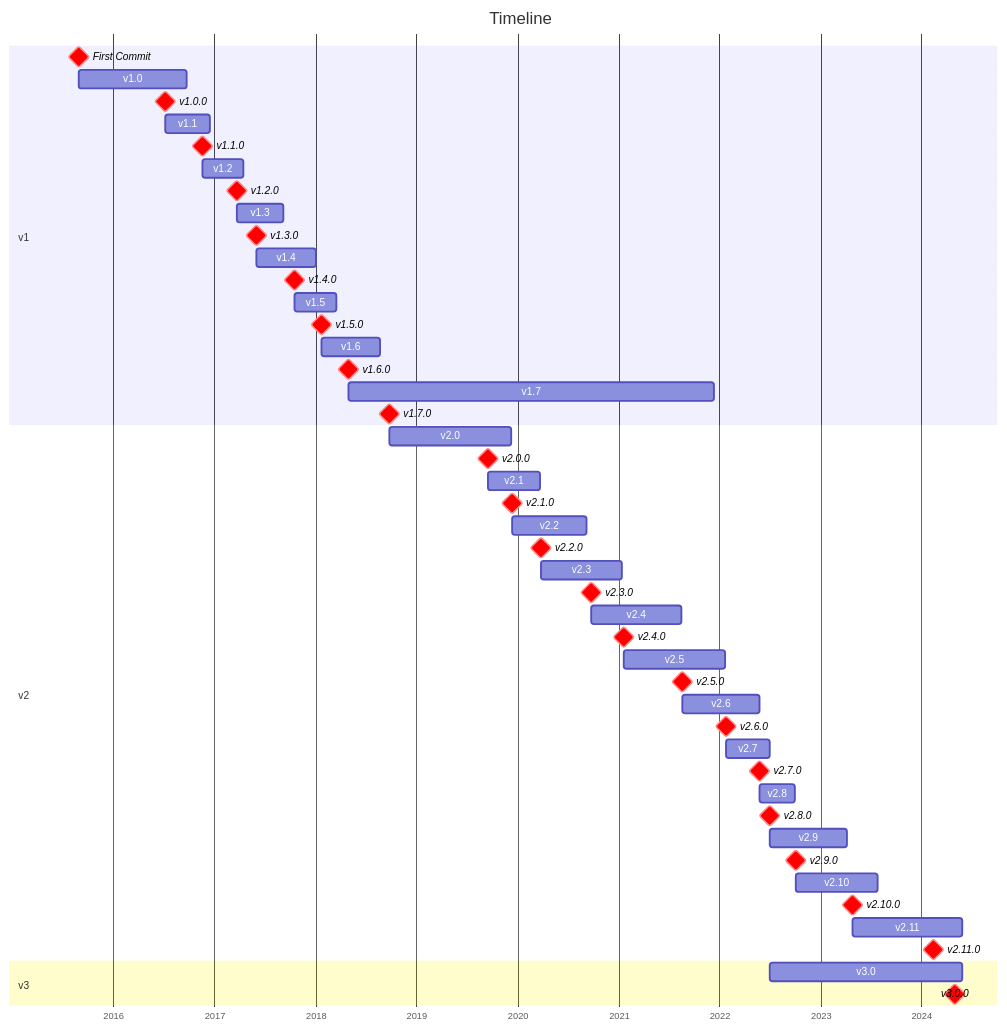
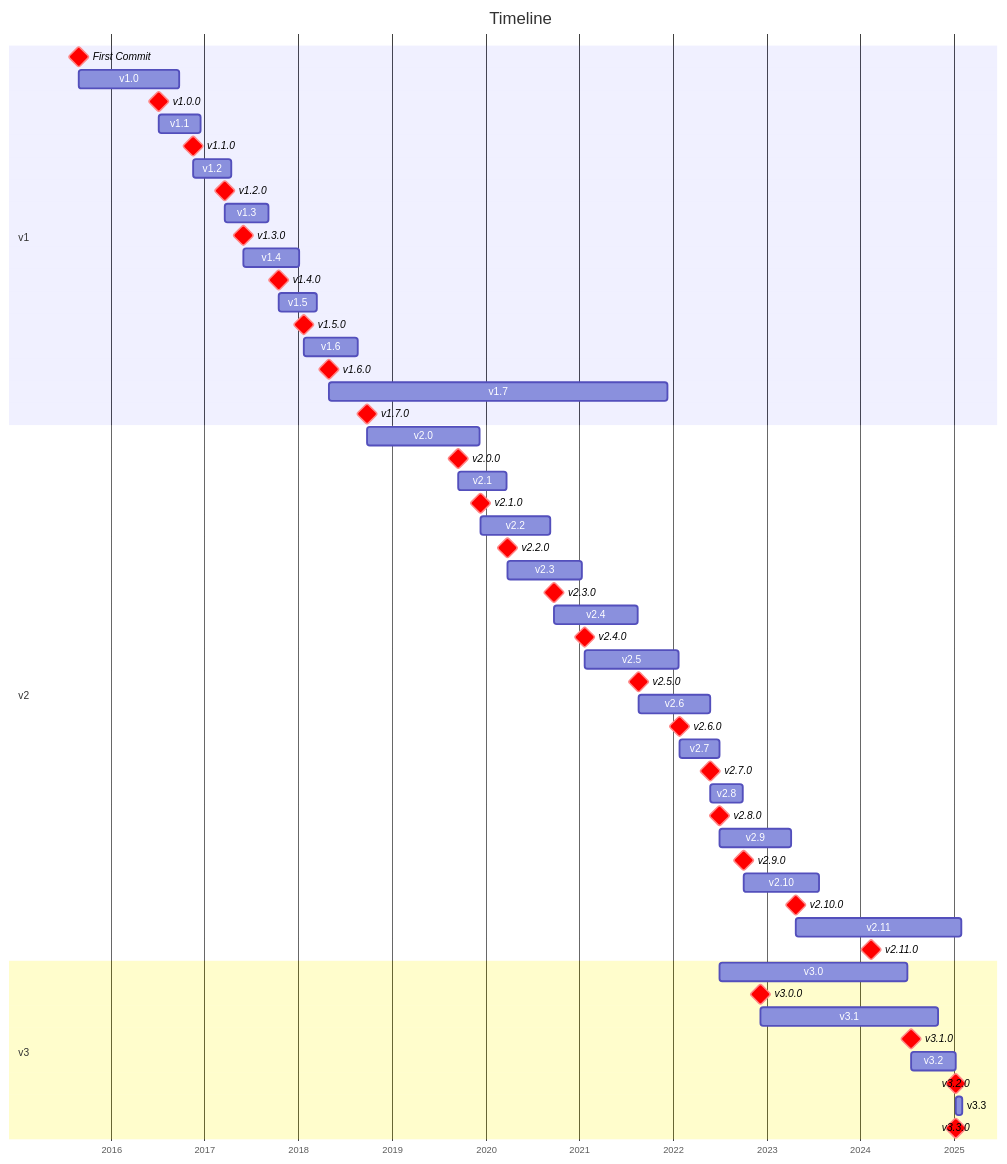
Before and after one commit to traefik-contrib/traefik-history: the first of 25 diagrams in readme.md, drawn with Mermaid. The commit also changed other lines of this file and 4 other files, not shown here.

````diff
--- a/readme.md
+++ b/readme.md
@@ -17,56 +17,62 @@
 ```mermaid
 gantt
     title Timeline
     todayMarker off
     tickInterval 1year
     axisFormat %Y
     dateFormat YYYY-MM-DD HH:mm:ss
     section v1
         First Commit: crit, milestone, m1, 2015-08-28 18:09:22, 0d
         v1.0: after m1, 2016-09-22 15:00:43
         v1.0.0: crit, milestone, v10, 2016-07-06 01:09:33, 0d
         v1.1: after v10, 2016-12-15 11:13:30
         v1.1.0: crit, milestone, v11, 2016-11-17 22:41:11, 0d
         v1.2: after v11, 2017-04-13 21:09:40
         v1.2.0: crit, milestone, v12, 2017-03-21 10:37:24, 0d
         v1.3: after v12, 2017-09-07 22:04:03
         v1.3.0: crit, milestone, v13, 2017-05-31 10:11:16, 0d
         v1.4: after v13, 2018-01-02 12:54:03
         v1.4.0: crit, milestone, v14, 2017-10-16 18:42:03, 0d
         v1.5: after v14, 2018-03-15 14:26:03
         v1.5.0: crit, milestone, v15, 2018-01-23 17:34:04, 0d
         v1.6: after v15, 2018-08-20 14:46:02
         v1.6.0: crit, milestone, v16, 2018-04-30 23:20:05, 0d
         v1.7: after v16, 2021-12-10 17:54:05
         v1.7.0: crit, milestone, v17, 2018-09-24 11:44:03, 0d
 
     section v2
         v2.0: after v17, 2019-12-09 18:34:04
         v2.0.0: crit, milestone, v20, 2019-09-16 18:28:04, 0d
         v2.1: after v20, 2020-03-23 17:40:04
         v2.1.0: crit, milestone, v21, 2019-12-11 18:40:04, 0d
         v2.2: after v21, 2020-09-07 16:00:03
         v2.2.0: crit, milestone, v22, 2020-03-25 17:46:04, 0d
         v2.3: after v22, 2021-01-11 18:48:03
         v2.3.0: crit, milestone, v23, 2020-09-23 12:44:04, 0d
         v2.4: after v23, 2021-08-16 17:26:14
         v2.4.0: crit, milestone, v24, 2021-01-19 16:50:04, 0d
         v2.5: after v24, 2022-01-20 17:08:07
         v2.5.0: crit, milestone, v25, 2021-08-17 18:04:05, 0d
         v2.6: after v25, 2022-05-24 16:14:08
         v2.6.0: crit, milestone, v26, 2022-01-24 17:58:04, 0d
         v2.7: after v26, 2022-06-29 15:44:08
         v2.7.0: crit, milestone, v27, 2022-05-24 18:58:08, 0d
         v2.8: after v27, 2022-09-30 12:03:03
         v2.8.0: crit, milestone, v28, 2022-06-29 17:38:37, 0d
         v2.9: after v28, 2023-04-06 18:10:03
         v2.9.0: crit, milestone, v29, 2022-10-03 16:17:58, 0d
         v2.10: after v29, 2023-07-24 16:44:05
         v2.10.0: crit, milestone, v210, 2023-04-24 15:38:05, 0d
-        v2.11: after v210, 2024-05-27 00:00:00
+        v2.11: after v210, 2025-01-29 00:00:00
         v2.11.0: crit, milestone, v211, 2024-02-12 16:14:04, 0d
 
     section v3
-        v3.0: after v28, 2024-05-27 00:00:00
-        v3.0.0: crit, milestone, v30, 2024-04-29 16:06:04, 0d
+        v3.0: after v28, 2024-07-02 15:42:03
+        v3.0.0: crit, milestone, v30, 2022-12-05 16:58:04, 0d
+        v3.1: after v30, 2024-10-28 11:34:03
+        v3.1.0: crit, milestone, v31, 2024-07-15 16:38:04, 0d
+        v3.2: after v31, 2025-01-07 15:10:04
+        v3.2.0: crit, milestone, v32, 2025-01-07 15:10:04, 0d
+        v3.3: after v32, 2025-02-01 00:00:00
+        v3.3.0: crit, milestone, v33, 2025-01-06 12:04:04, 0d
 ```
````
